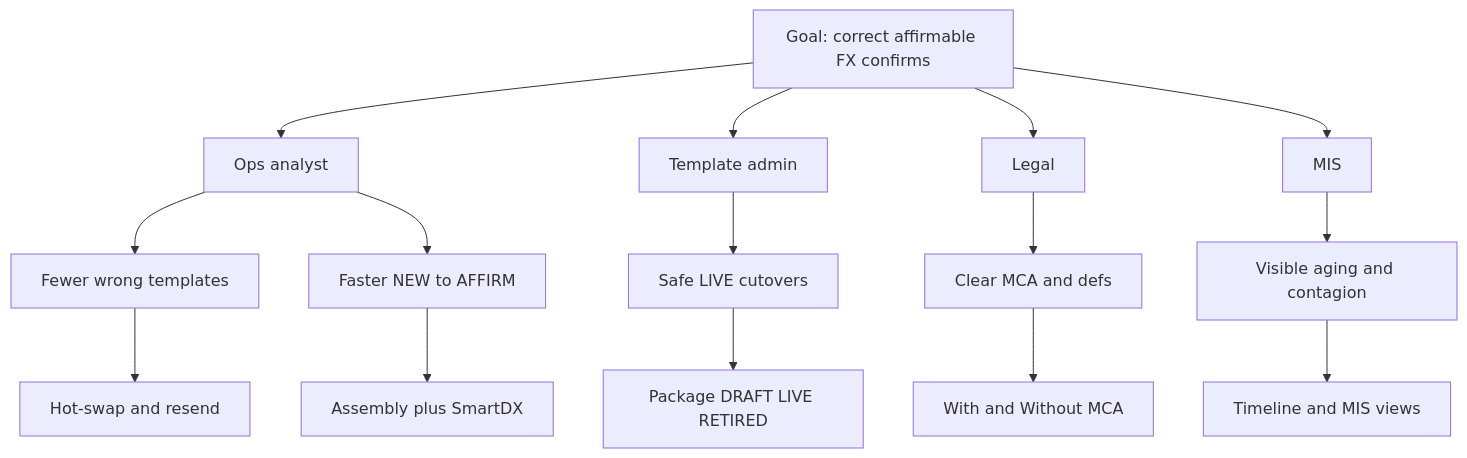
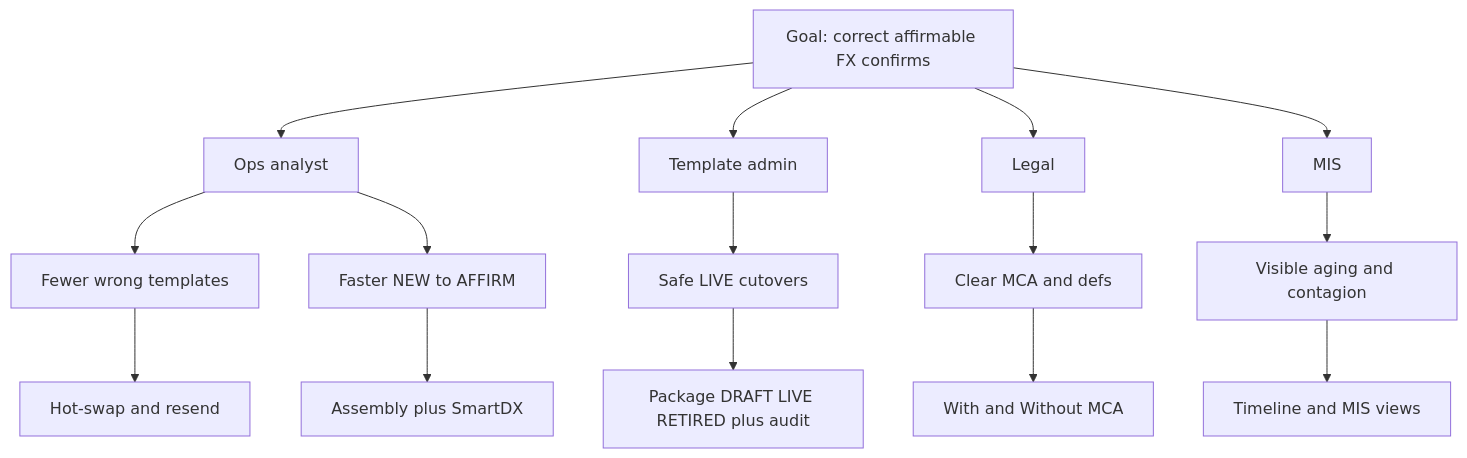
One commit to dae-nan/con4m8ions changed the fourth of 17 diagrams in docs/prd-cdu-ps-v1.md. Above: the diagram before and after it, drawn with Mermaid. The commit also changed other lines of this file and 5 other files, not shown here.

First line of the commit message:
PRD v1.4: explainers out, story-map mermaid, manual draft, audit

````diff
--- a/docs/prd-cdu-ps-v1.md
+++ b/docs/prd-cdu-ps-v1.md
@@ -266,18 +304,18 @@
 ```mermaid
 flowchart TD
   G[Goal: correct affirmable FX confirms]
   G --> A1[Ops analyst]
   G --> A2[Template admin]
   G --> A3[Legal]
   G --> A4[MIS]
   A1 --> I1[Fewer wrong templates]
   A1 --> I2[Faster NEW to AFFIRM]
   A2 --> I3[Safe LIVE cutovers]
   A3 --> I4[Clear MCA and defs]
   A4 --> I5[Visible aging and contagion]
   I1 --> D1[Hot-swap and resend]
   I2 --> D2[Assembly plus SmartDX]
-  I3 --> D3[Package DRAFT LIVE RETIRED]
+  I3 --> D3[Package DRAFT LIVE RETIRED plus audit]
   I4 --> D4[With and Without MCA]
   I5 --> D5[Timeline and MIS views]
 ```
````
